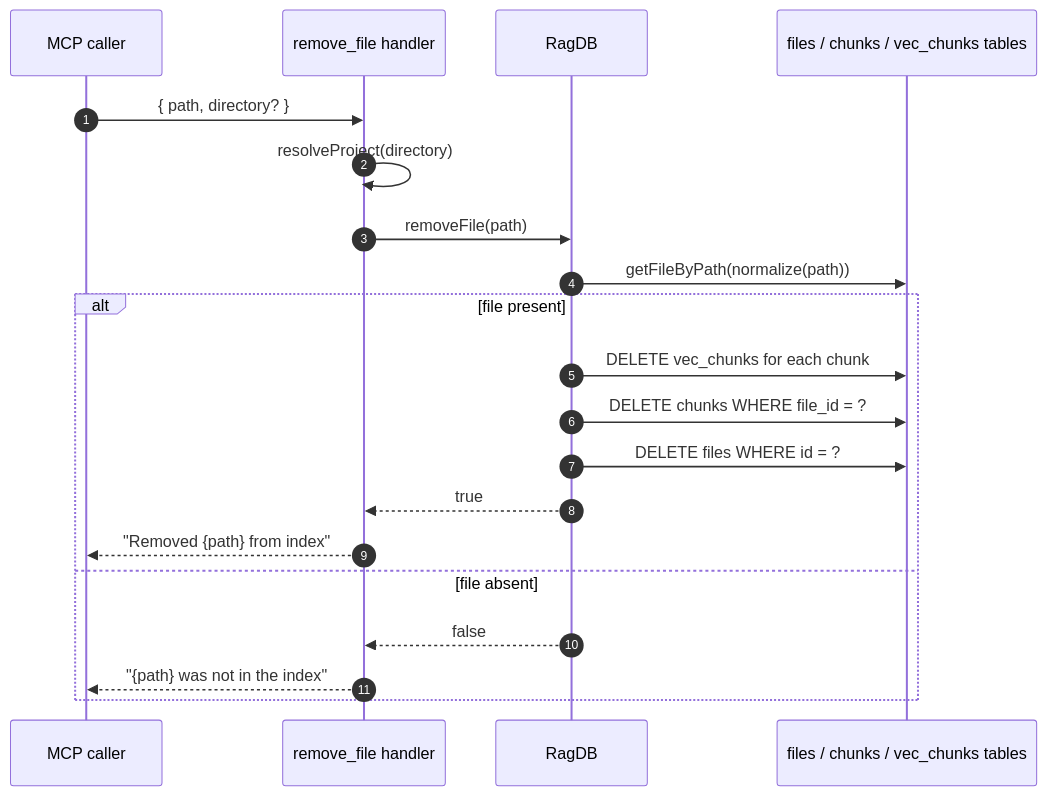
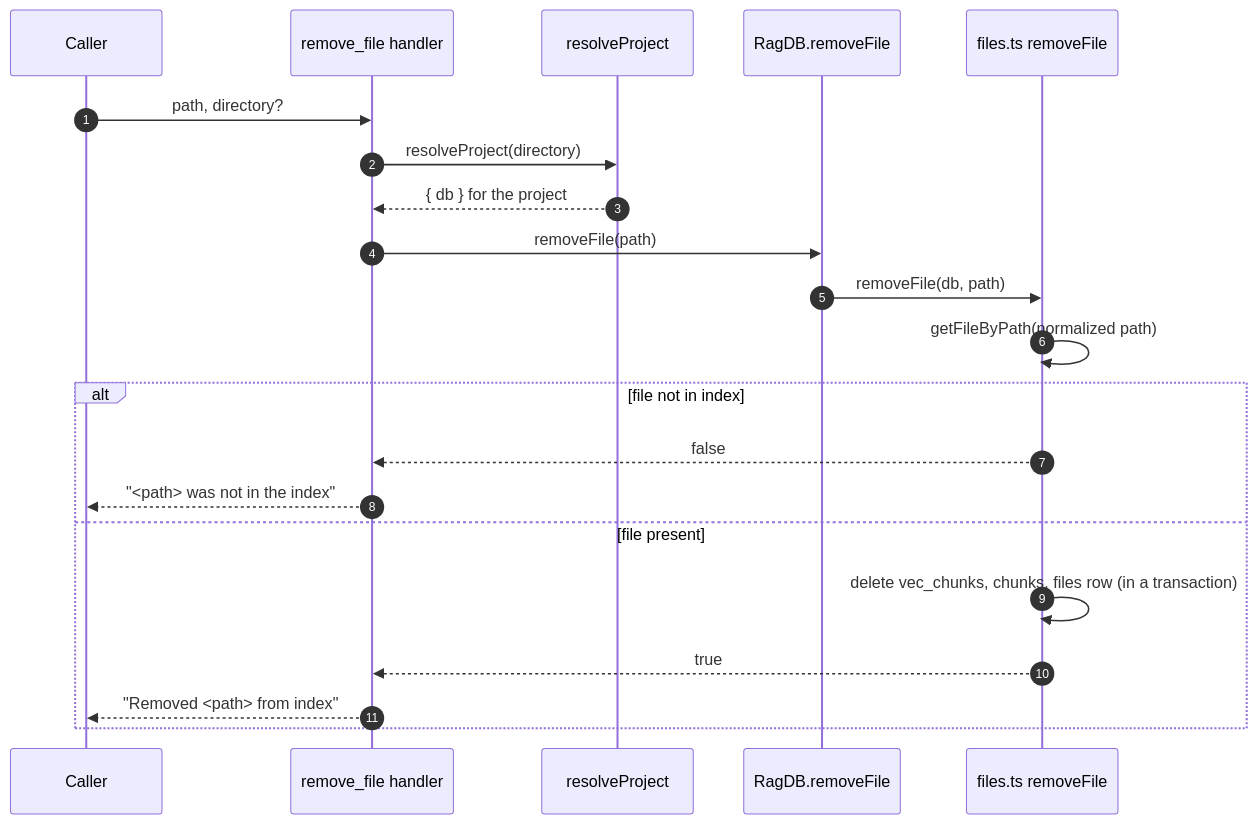
Before and after one commit to TheWinci/mimirs: the diagram in wiki/tools/remove-file.md, drawn with Mermaid. The commit also changed other lines of this file and 52 other files, not shown here.

````diff
--- a/wiki/tools/remove-file.md
+++ b/wiki/tools/remove-file.md
@@ -14,22 +9,24 @@
 ```mermaid
 sequenceDiagram
     autonumber
-    participant Caller as MCP caller
+    participant Caller
     participant Handler as remove_file handler
-    participant DB as RagDB
-    participant Files as files / chunks / vec_chunks tables
-    Caller->>Handler: { path, directory? }
-    Handler->>Handler: resolveProject(directory)
+    participant Project as resolveProject
+    participant DB as RagDB.removeFile
+    participant Files as files.ts removeFile
+
+    Caller->>Handler: path, directory?
+    Handler->>Project: resolveProject(directory)
+    Project-->>Handler: { db } for the project
     Handler->>DB: removeFile(path)
-    DB->>Files: getFileByPath(normalize(path))
-    alt file present
-        DB->>Files: DELETE vec_chunks for each chunk
-        DB->>Files: DELETE chunks WHERE file_id = ?
-        DB->>Files: DELETE files WHERE id = ?
-        DB-->>Handler: true
-        Handler-->>Caller: "Removed {path} from index"
-    else file absent
-        DB-->>Handler: false
-        Handler-->>Caller: "{path} was not in the index"
+    DB->>Files: removeFile(db, path)
+    Files->>Files: getFileByPath(normalized path)
+    alt file not in index
+        Files-->>Handler: false
+        Handler-->>Caller: "<path> was not in the index"
+    else file present
+        Files->>Files: delete vec_chunks, chunks, files row (in a transaction)
+        Files-->>Handler: true
+        Handler-->>Caller: "Removed <path> from index"
     end
 ```
````
